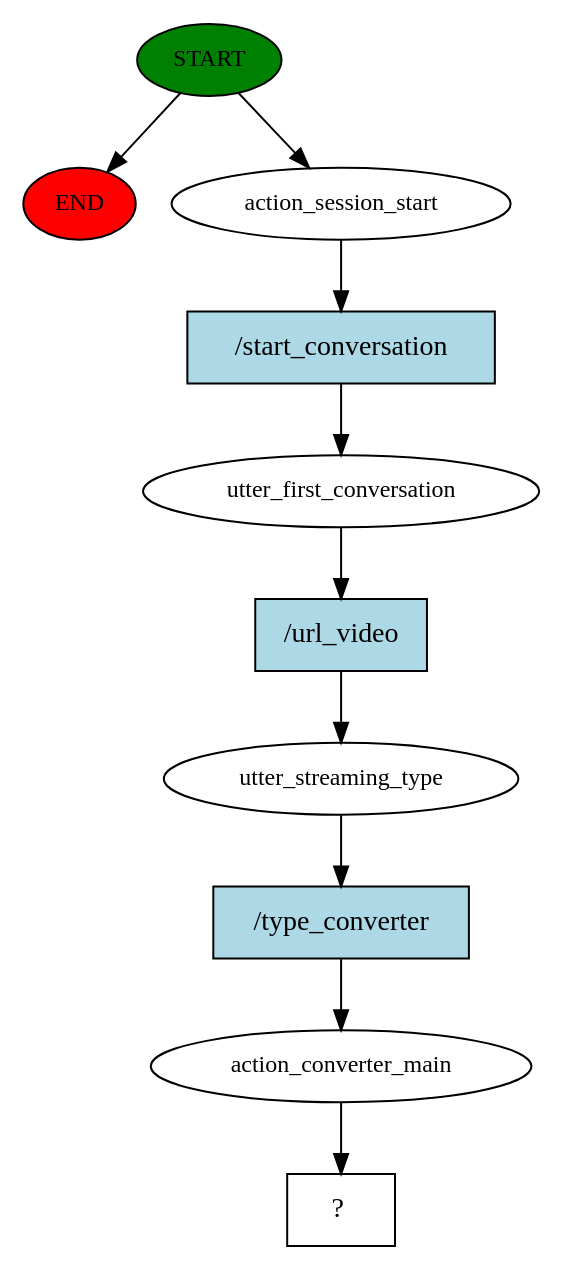
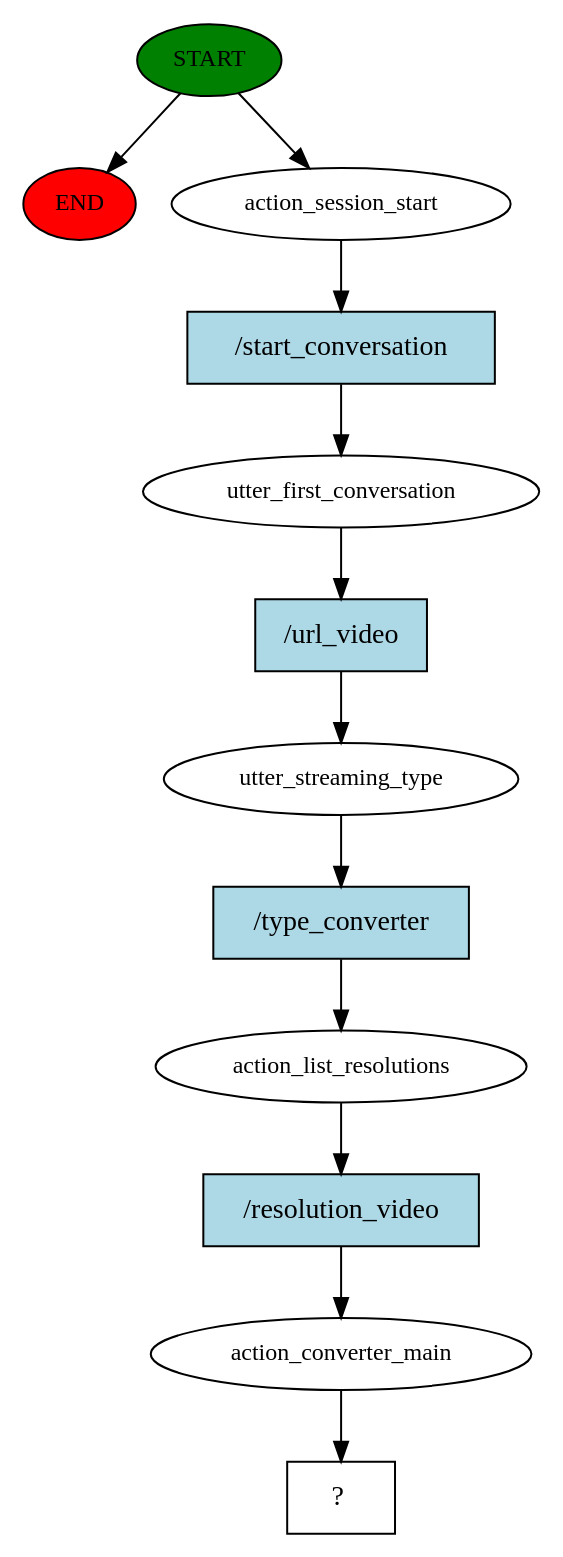
The diagram in story_graph.dot (NathanDezan/chatbot-pytube), drawn with Graphviz before and after one commit. The commit also changed 7 other files, not shown here.

Commit message:
Update: fix logic for action_converter

```diff
--- a/story_graph.dot
+++ b/story_graph.dot
@@ -1,21 +1,25 @@
 digraph  {
 0 [class="start active", fillcolor=green, fontsize=12, label=START, style=filled];
 "-1" [class=end, fillcolor=red, fontsize=12, label=END, style=filled];
 1 [class=active, fontsize=12, label=action_session_start];
 2 [class=active, fontsize=12, label=utter_first_conversation];
 3 [class=active, fontsize=12, label=utter_streaming_type];
-4 [class=active, fontsize=12, label=action_converter_main];
-5 [class="intent dashed active", label="  ?  ", shape=rect];
-6 [class="intent active", fillcolor=lightblue, label="/start_conversation", shape=rect, style=filled];
-7 [class="intent active", fillcolor=lightblue, label="/url_video", shape=rect, style=filled];
-8 [class="intent active", fillcolor=lightblue, label="/type_converter", shape=rect, style=filled];
+4 [class=active, fontsize=12, label=action_list_resolutions];
+5 [class=active, fontsize=12, label=action_converter_main];
+6 [class="intent dashed active", label="  ?  ", shape=rect];
+7 [class="intent active", fillcolor=lightblue, label="/start_conversation", shape=rect, style=filled];
+8 [class="intent active", fillcolor=lightblue, label="/url_video", shape=rect, style=filled];
+9 [class="intent active", fillcolor=lightblue, label="/type_converter", shape=rect, style=filled];
+10 [class="intent active", fillcolor=lightblue, label="/resolution_video", shape=rect, style=filled];
 0 -> "-1"  [class="", key=NONE, label=""];
 0 -> 1  [class=active, key=NONE, label=""];
-1 -> 6  [class=active, key=0];
-2 -> 7  [class=active, key=0];
-3 -> 8  [class=active, key=0];
-4 -> 5  [class=active, key=NONE, label=""];
-6 -> 2  [class=active, key=0];
-7 -> 3  [class=active, key=0];
-8 -> 4  [class=active, key=0];
+1 -> 7  [class=active, key=0];
+2 -> 8  [class=active, key=0];
+3 -> 9  [class=active, key=0];
+4 -> 10  [class=active, key=0];
+5 -> 6  [class=active, key=NONE, label=""];
+7 -> 2  [class=active, key=0];
+8 -> 3  [class=active, key=0];
+9 -> 4  [class=active, key=0];
+10 -> 5  [class=active, key=0];
 }
```
